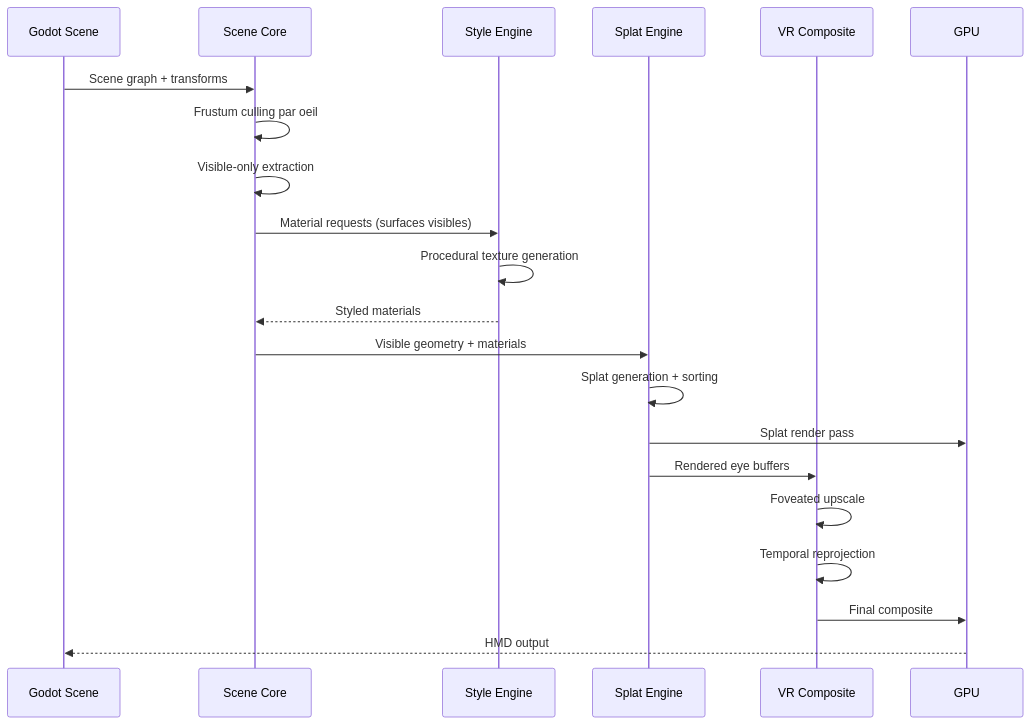
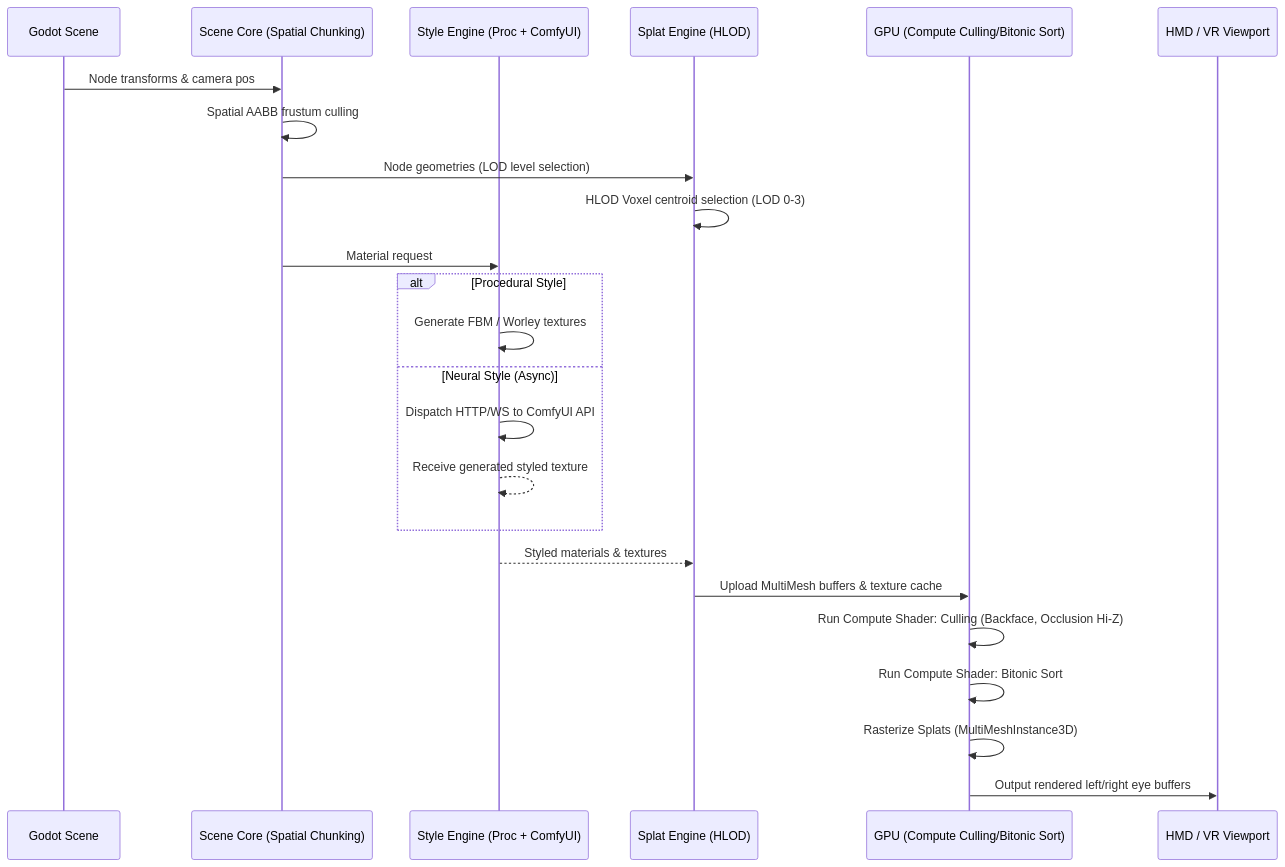
Before and after one commit to zedarvates/FoveaCore: the second of 4 diagrams in plans/foveacore-architecture.md, drawn with Mermaid. The commit also changed other lines of this file and 65 other files, not shown here.

````diff
--- a/plans/foveacore-architecture.md
+++ b/plans/foveacore-architecture.md
@@ -75,24 +93,27 @@
 ```mermaid
 sequenceDiagram
 	participant G as Godot Scene
-	participant SC as Scene Core
-	participant SE as Style Engine
-	participant SP as Splat Engine
-	participant VR as VR Composite
-	participant GPU as GPU
+	participant SC as Scene Core (Spatial Chunking)
+	participant SE as Style Engine (Proc + ComfyUI)
+	participant SP as Splat Engine (HLOD)
+	participant GPU as GPU (Compute Culling/Bitonic Sort)
+	participant HMD as HMD / VR Viewport
 
-	G->>SC: Scene graph + transforms
-	SC->>SC: Frustum culling par oeil
-	SC->>SC: Visible-only extraction
-	SC->>SE: Material requests (surfaces visibles)
-	SE->>SE: Procedural texture generation
-	SE-->>SC: Styled materials
-	SC->>SP: Visible geometry + materials
-	SP->>SP: Splat generation + sorting
-	SP->>GPU: Splat render pass
-	SP->>VR: Rendered eye buffers
-	VR->>VR: Foveated upscale
-	VR->>VR: Temporal reprojection
-	VR->>GPU: Final composite
-	GPU-->>G: HMD output
+	G->>SC: Node transforms & camera pos
+	SC->>SC: Spatial AABB frustum culling
+	SC->>SP: Node geometries (LOD level selection)
+	SP->>SP: HLOD Voxel centroid selection (LOD 0-3)
+	SC->>SE: Material request
+	alt Procedural Style
+		SE->>SE: Generate FBM / Worley textures
+	else Neural Style (Async)
+		SE->>SE: Dispatch HTTP/WS to ComfyUI API
+		SE-->>SE: Receive generated styled texture
+	end
+	SE-->>SP: Styled materials & textures
+	SP->>GPU: Upload MultiMesh buffers & texture cache
+	GPU->>GPU: Run Compute Shader: Culling (Backface, Occlusion Hi-Z)
+	GPU->>GPU: Run Compute Shader: Bitonic Sort
+	GPU->>GPU: Rasterize Splats (MultiMeshInstance3D)
+	GPU->>HMD: Output rendered left/right eye buffers
 ```
````
